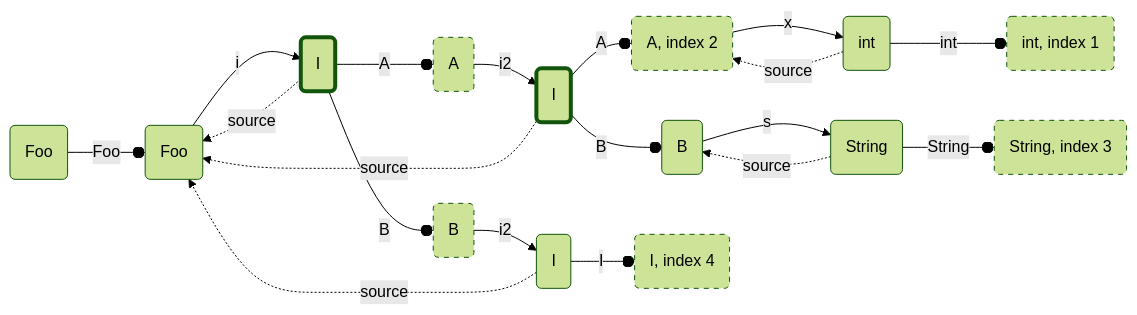
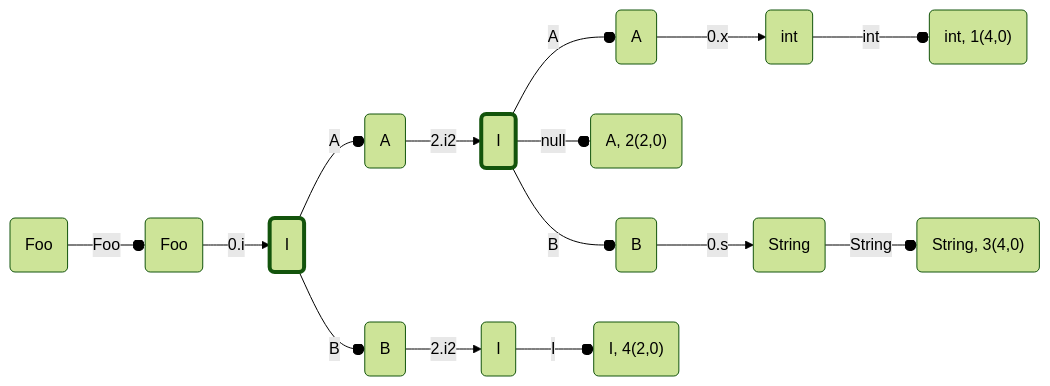
One commit to forax/switch-pattern-combinator changed the diagram in README.md. Above: the diagram before and after it, drawn with Mermaid (forest theme). The commit also changed other lines of this file, not shown here.

````diff
--- a/README.md
+++ b/README.md
@@ -96,43 +111,34 @@
 ```mermaid
 flowchart LR
-  id0(Foo)
+  id0("Foo")
   id0-- Foo --oid1
-  id1(Foo)
-  id1-- i -->id2
+  id1("Foo")
+  id1-- "0.i" -->id2
   style id2 stroke-width: 4px
-  id2(I)
-  id2-. source .->id1
+  id2("I")
   id2-- A --oid3
   id2-- B --oid4
-  style id3 stroke-dasharray: 5 5
-  id3(A)
-  id3-- i2 -->id5
+  id3("A")
+  id3-- "2.i2" -->id5
   style id5 stroke-width: 4px
-  id5(I)
-  id5-. source .->id1
+  id5("I")
   id5-- A --oid6
-  id5-- B --oid7
-  style id6 stroke-dasharray: 5 5
-  id6(A, index 2)
-  id6-- x -->id8
-  id8(int)
-  id8-. source .->id6
-  id8-- int --oid9
-  style id9 stroke-dasharray: 5 5
-  id9(int, index 1)
-  id7(B)
-  id7-- s -->id10
-  id10(String)
-  id10-. source .->id7
-  id10-- String --oid11
-  style id11 stroke-dasharray: 5 5
-  id11(String, index 3)
-  style id4 stroke-dasharray: 5 5
-  id4(B)
-  id4-- i2 -->id12
-  id12(I)
-  id12-. source .->id1
-  id12-- I --oid13
-  style id13 stroke-dasharray: 5 5
-  id13(I, index 4)
+  id5-- null --oid7
+  id5-- B --oid8
+  id6("A")
+  id6-- "0.x" -->id9
+  id9("int")
+  id9-- int --oid10
+  id10("int, 1(4,0)")
+  id7("A, 2(2,0)")
+  id8("B")
+  id8-- "0.s" -->id11
+  id11("String")
+  id11-- String --oid12
+  id12("String, 3(4,0)")
+  id4("B")
+  id4-- "2.i2" -->id13
+  id13("I")
+  id13-- I --oid14
+  id14("I, 4(2,0)")
 ```
````
